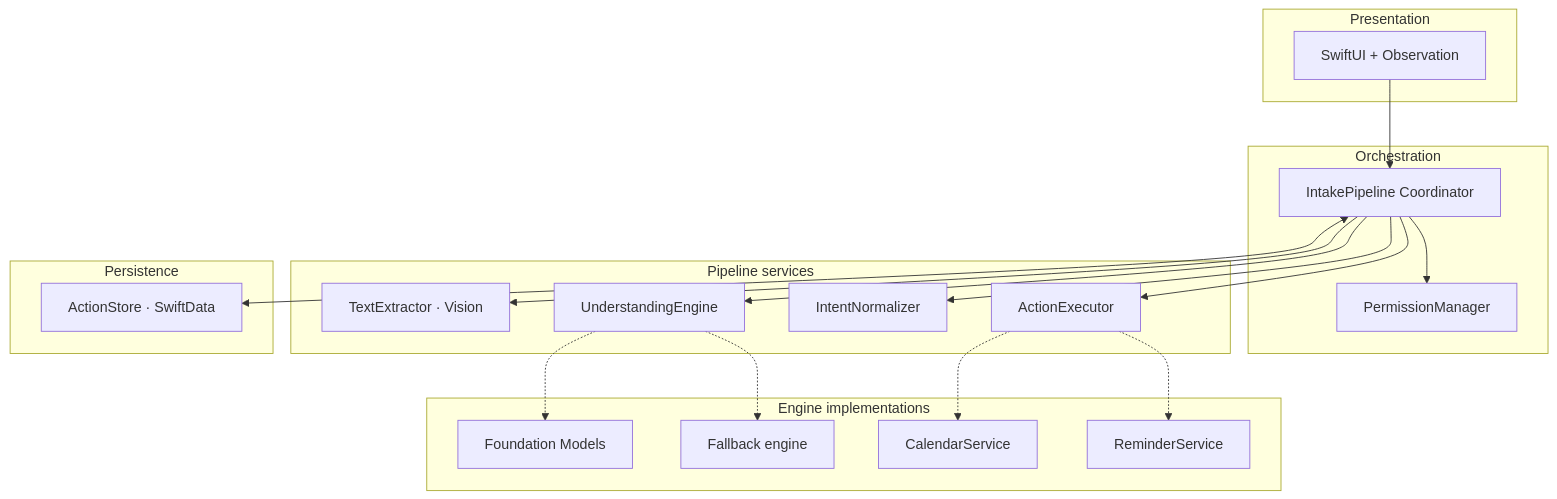
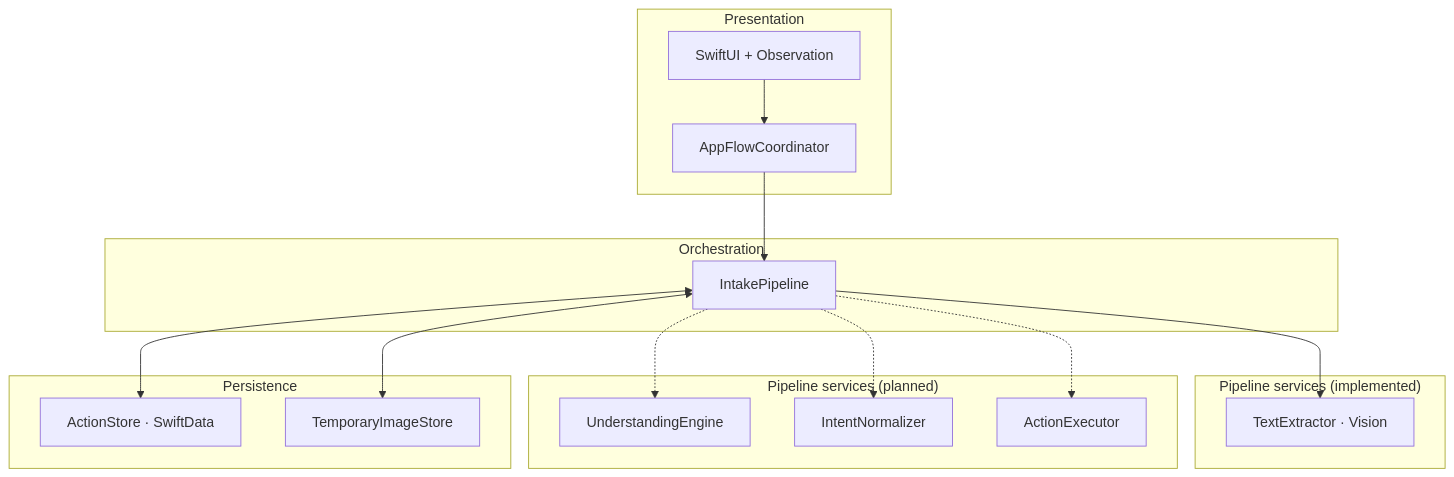
The second of 2 diagrams in README.md (sahanmaiti/Zuvano), drawn with Mermaid before and after one commit. The commit also changed other lines of this file, not shown here.

````diff
--- a/README.md
+++ b/README.md
@@ -120,41 +137,35 @@
 ```mermaid
 flowchart TB
     subgraph Presentation["Presentation"]
         UI[SwiftUI + Observation]
+        COORD[AppFlowCoordinator]
     end
 
     subgraph Orchestration["Orchestration"]
-        ORCH[IntakePipeline Coordinator]
-        PERM[PermissionManager]
+        ORCH[IntakePipeline]
     end
 
-    subgraph Pipeline["Pipeline services"]
+    subgraph Pipeline["Pipeline services (implemented)"]
         OCR[TextExtractor · Vision]
+    end
+
+    subgraph PipelinePlanned["Pipeline services (planned)"]
         UNDER[UnderstandingEngine]
         NORM[IntentNormalizer]
         EXEC[ActionExecutor]
     end
 
-    subgraph Engines["Engine implementations"]
-        FM[Foundation Models]
-        FB[Fallback engine]
-        CAL[CalendarService]
-        REM[ReminderService]
+    subgraph Persistence["Persistence"]
+        STORE[ActionStore · SwiftData]
+        TEMP[TemporaryImageStore]
     end
 
-    subgraph Persistence["Persistence"]
-        STORE[ActionStore · SwiftData]
-    end
-
-    UI --> ORCH
+    UI --> COORD
+    COORD --> ORCH
     ORCH --> OCR
-    ORCH --> UNDER
-    ORCH --> NORM
-    ORCH --> EXEC
-    ORCH --> PERM
     ORCH <--> STORE
-    UNDER -.-> FM
-    UNDER -.-> FB
-    EXEC -.-> CAL
-    EXEC -.-> REM
+    ORCH <--> TEMP
+    ORCH -.-> UNDER
+    ORCH -.-> NORM
+    ORCH -.-> EXEC
 ```
````
